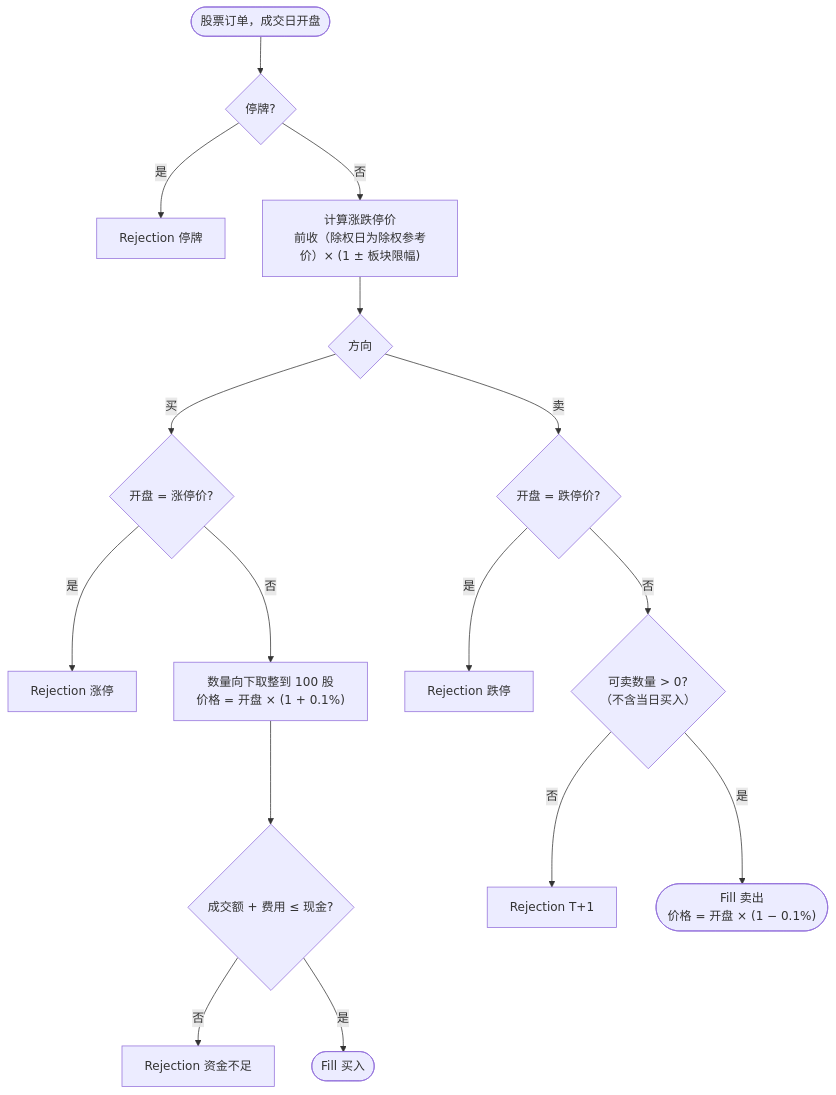
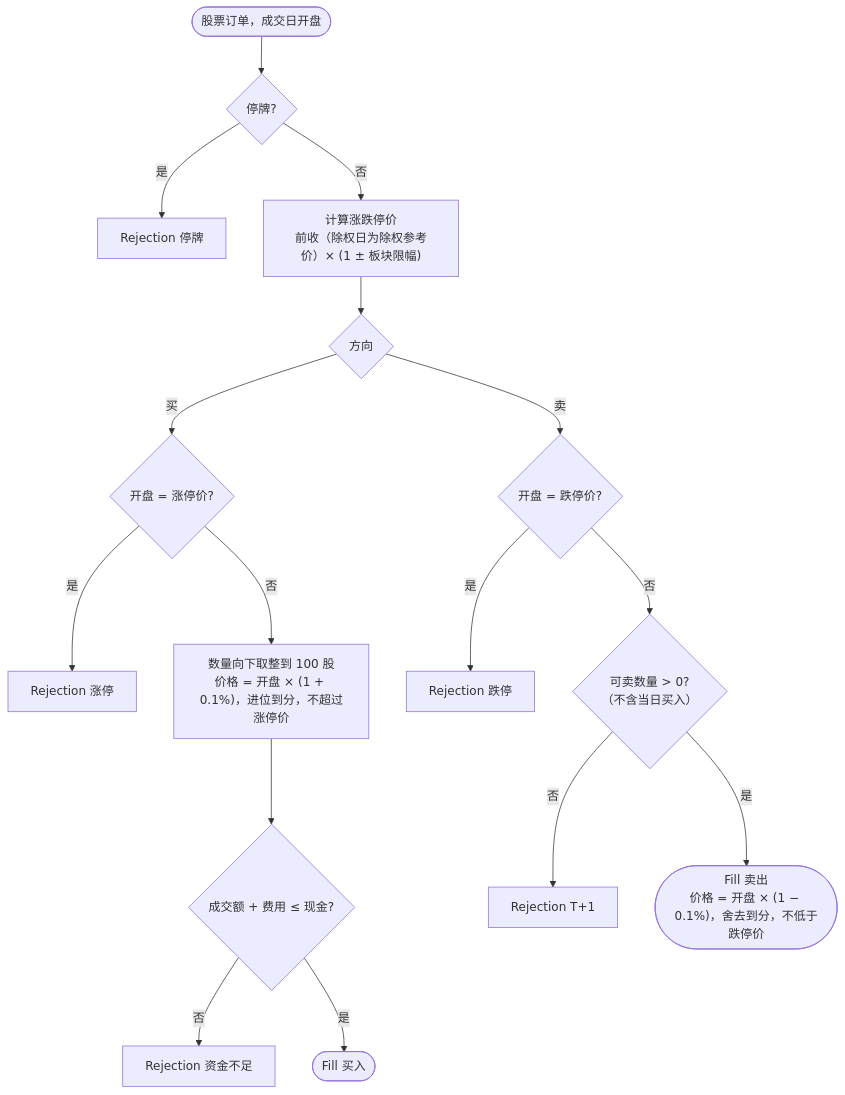
Before and after one commit to guevara12345/quant: the fourth of 8 diagrams in docs/design.md, drawn with Mermaid. The commit also changed other lines of this file and 4 other files, not shown here.

````diff
--- a/docs/design.md
+++ b/docs/design.md
@@ -181,18 +181,18 @@
 ```mermaid
 flowchart TD
     O([股票订单，成交日开盘]) --> S{停牌?}
     S -- 是 --> RJ1[Rejection 停牌]
     S -- 否 --> L["计算涨跌停价<br/>前收（除权日为除权参考价）× (1 ± 板块限幅)"]
     L --> Side{方向}
     Side -- 买 --> LU{开盘 = 涨停价?}
     LU -- 是 --> RJ2[Rejection 涨停]
-    LU -- 否 --> Q["数量向下取整到 100 股<br/>价格 = 开盘 × (1 + 0.1%)"]
+    LU -- 否 --> Q["数量向下取整到 100 股<br/>价格 = 开盘 × (1 + 0.1%)，进位到分，不超过涨停价"]
     Q --> Cash{"成交额 + 费用 ≤ 现金?"}
     Cash -- 否 --> RJ3[Rejection 资金不足]
     Cash -- 是 --> FB([Fill 买入])
     Side -- 卖 --> LD{开盘 = 跌停价?}
     LD -- 是 --> RJ4[Rejection 跌停]
     LD -- 否 --> T1{"可卖数量 > 0?<br/>（不含当日买入）"}
     T1 -- 否 --> RJ5[Rejection T+1]
-    T1 -- 是 --> FS(["Fill 卖出<br/>价格 = 开盘 × (1 − 0.1%)"])
+    T1 -- 是 --> FS(["Fill 卖出<br/>价格 = 开盘 × (1 − 0.1%)，舍去到分，不低于跌停价"])
 ```
````
